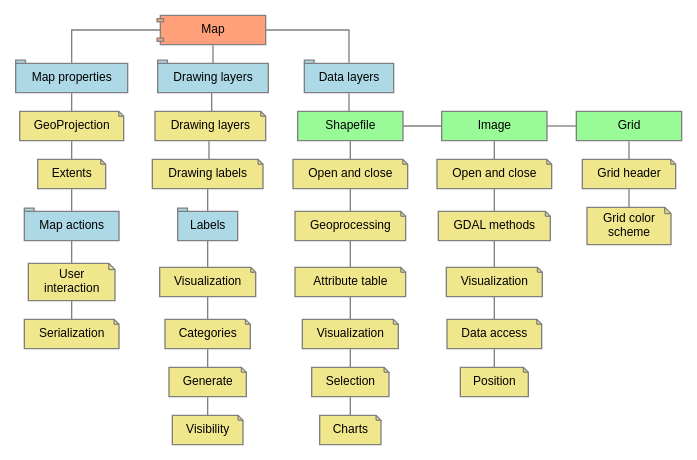
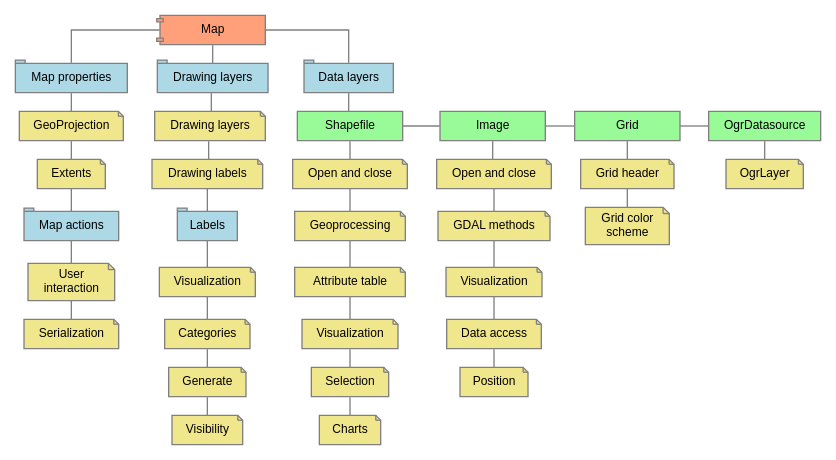
Before and after one commit to MapWindow/MapWinGIS: the diagram in Documentation/Resources/graphs/general_groups.dot, drawn with Graphviz. The commit also changed 20 other files, not shown here.

Commit message:
Documentation for new OgrDatasource/OgrLayer classes. Some more samples are still to be added.

```diff
--- a/Documentation/Resources/graphs/general_groups.dot
+++ b/Documentation/Resources/graphs/general_groups.dot
@@ -1,72 +1,78 @@
 digraph map_actions {
  splines=ortho;
  ranksep=0.2;
  nodesep=0.3;
 
  node   [shape = polygon, peripheries = 1, fontname=Helvetica, fontsize=9, fillcolor = lightsalmon, color = "gray", style = filled, height = 0.3, width = 1.1];
 
  node [shape = component]
  m      [label="Map" URL="\ref AxMap"];
  node   [shape= "polygon", fillcolor = palegreen]
  sf     [label="Shapefile" URL="\ref Shapefile"];
  img    [label="Image" URL="\ref Image"];	
  grid    [label="Grid" URL="\ref Grid"];	
-
+ ogrds    [label="OgrDatasource" URL="\ref OgrDatasource"];	
+ 
  layer  [style = invis] 
 
  node   [shape= "tab", color = "gray", fillcolor = lightblue, width = 0.3, height = 0.3, color = gray]
  map4   [ label="Map properties"];
  lbs    [label="Labels"     URL="\ref Labels"];
  map1   [ label="Map actions"];
  map2   [ label="Drawing layers" URL="\ref map_drawing_layers"];
  map3   [ label="Data layers" URL="\ref map_layer_management"];
 
  node   [shape = "note", width = 0.3, height = 0.3, peripheries = 1 fillcolor = "khaki" ]
  ser    [label="Serialization"               URL="\ref map_serialization"];
  int    [label="User \ninteraction"          URL="\ref map_interaction"];
  
  sfviz  [label= "Visualization"   URL="\ref ShapeDrawingOptions"];
  gpr    [label="Geoprocessing" URL="\ref shapefile_geoprocessing"];
  sf_mng [label="Open and close"    URL="\ref shapefile_management"];
  attr   [label="Attribute table"    URL="\ref shapefile_table"];
  charts [label = "Charts" URL="\ref Charts"];
  sfsel  [label = "Selection" URL="\ref shapefile_selection"]
  
  img_gdal     [label="GDAL methods"    URL="\ref image_gdal"];
  img_open     [label="Open and close"    URL="\ref image_common"];
  img_position [label="Position"    	URL="\ref image_position"];
  img_data     [label="Visualization"    URL="\ref image_visualization"];
  img_visual   [label="Data access"      URL="\ref image_data"];
 
  gr_header [label="Grid header" URL="\ref GridHeader"];
  gr_scheme [label="Grid color \nscheme" URL="\ref GridColorScheme"];
 
+ ogr    [label="OgrLayer" URL="\ref OgrLayer"];	
+ 
  lb_gen [label="Generate" URL="\ref labels_management"];
  lb_cat [label="Categories" URL="\ref labels_categories"];
  lb_visual [label="Visualization" URL="\ref labels_visualization"];
  lb_vis [label="Visibility" URL="\ref labels_visibility"];
 
  drlyr [label="Drawing layers" URL="\ref map_drawing_layers"];
  drlb  [label="Drawing labels" URL="\ref map_drawing_labels"];
 
  proj [label = "GeoProjection" URL="\ref GeoProjection"]
  ext [label = "Extents" URL="\ref Extents"]
 
  edge [dir = none, arrowhead="open", style = solid, arrowsize = 0.6, fontname = "Arial", fontsize = 9, fontcolor = blue, color = "#808080", constraint = true]
  m -> map4 -> proj -> ext -> map1 -> int -> ser;  
  m -> map2 -> drlyr -> drlb -> lbs -> lb_visual -> lb_cat -> lb_gen -> lb_vis;
  m -> map3 -> sf;
 
  sf -> sf_mng -> gpr -> attr -> sfviz -> sfsel -> charts;
  img -> img_open -> img_gdal -> img_data -> img_visual -> img_position;
  grid -> gr_header -> gr_scheme;
+ ogrds -> ogr;
  
  edge [constraint = false]
  sf -> img;
  img -> grid;
+ grid -> ogrds;
 
  edge [style = invis, constraint = true]
  layer -> sf;
  layer -> img;
  layer -> grid;
+ layer -> ogrds;
 }
```
